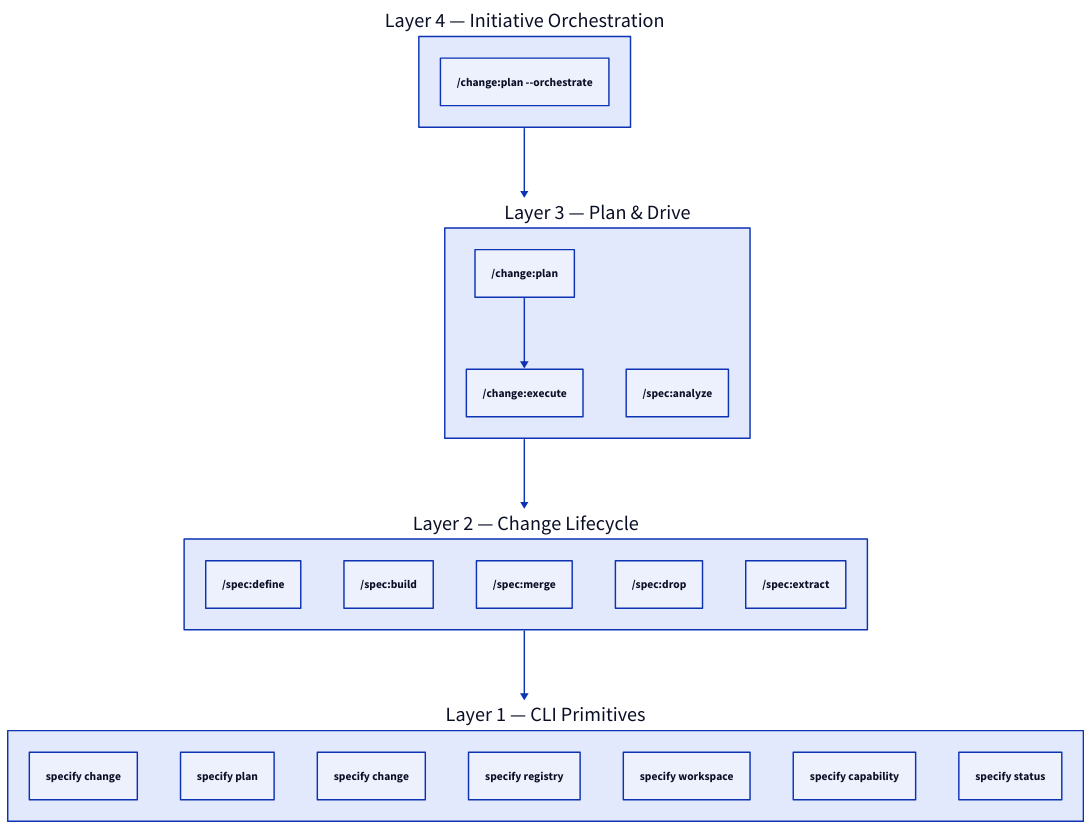
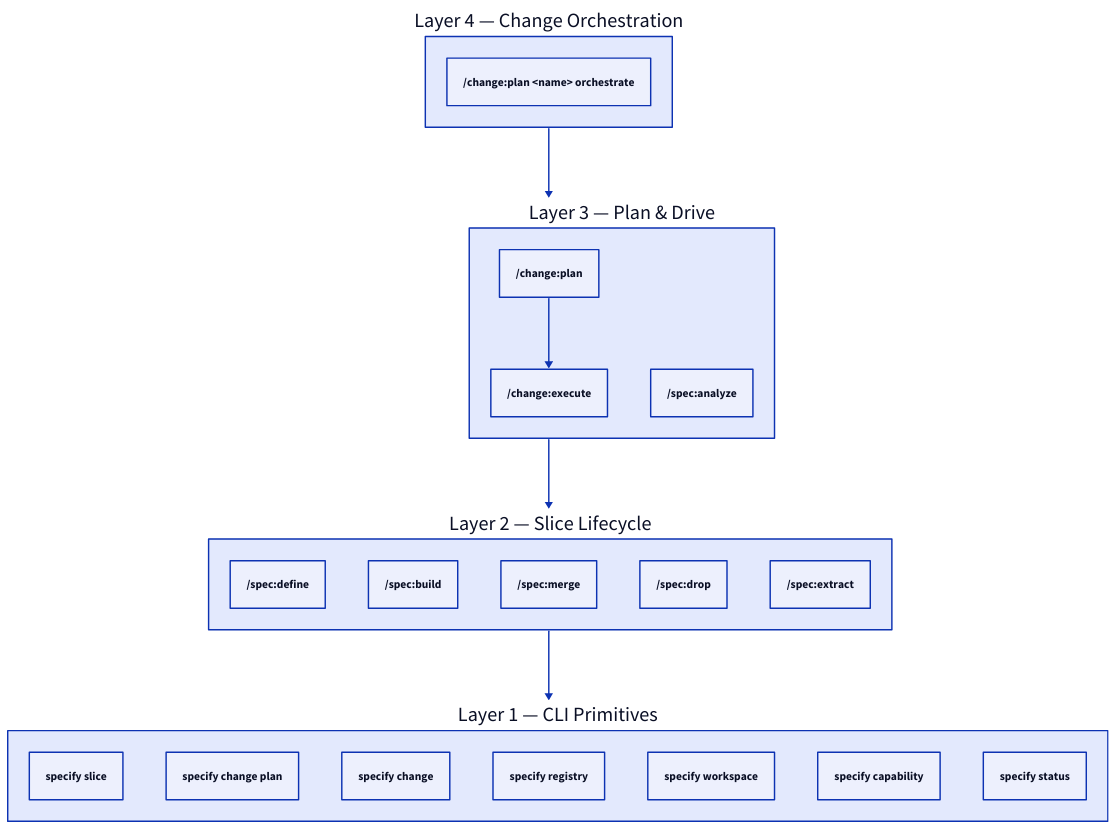
Before and after one commit to augentic/anvil: the diagram in docs/explanation/three-layer-stack.md, drawn with D2. The commit also changed other lines of this file and 179 other files, not shown here.

````diff
--- a/docs/explanation/three-layer-stack.md
+++ b/docs/explanation/three-layer-stack.md
@@ -7,36 +7,36 @@
 ```d2
 direction: down
 
-Layer4: "Layer 4 — Initiative Orchestration" {
-  initiative: "/change:plan --orchestrate"
+Layer4: "Layer 4 — Change Orchestration" {
+  orchestrate: "/change:plan <name> orchestrate"
 }
 
 Layer3: "Layer 3 — Plan & Drive" {
   plan: "/change:plan"
   execute: "/change:execute"
   analyze: "/spec:analyze"
   plan -> execute
 }
 
-Layer2: "Layer 2 — Change Lifecycle" {
+Layer2: "Layer 2 — Slice Lifecycle" {
   define: "/spec:define"
   build: "/spec:build"
   mergeSkill: "/spec:merge"
   drop: "/spec:drop"
   extract: "/spec:extract"
 }
 
 Layer1: "Layer 1 — CLI Primitives" {
+  sliceCli: "specify slice"
+  planCli: "specify change plan"
   changeCli: "specify change"
-  planCli: "specify plan"
-  initCli: "specify change"
   registryCli: "specify registry"
   workspaceCli: "specify workspace"
   capabilityCli: "specify capability"
   statusCli: "specify status"
 }
 
 Layer4 -> Layer3
 Layer3 -> Layer2
 Layer2 -> Layer1
 ```
````
